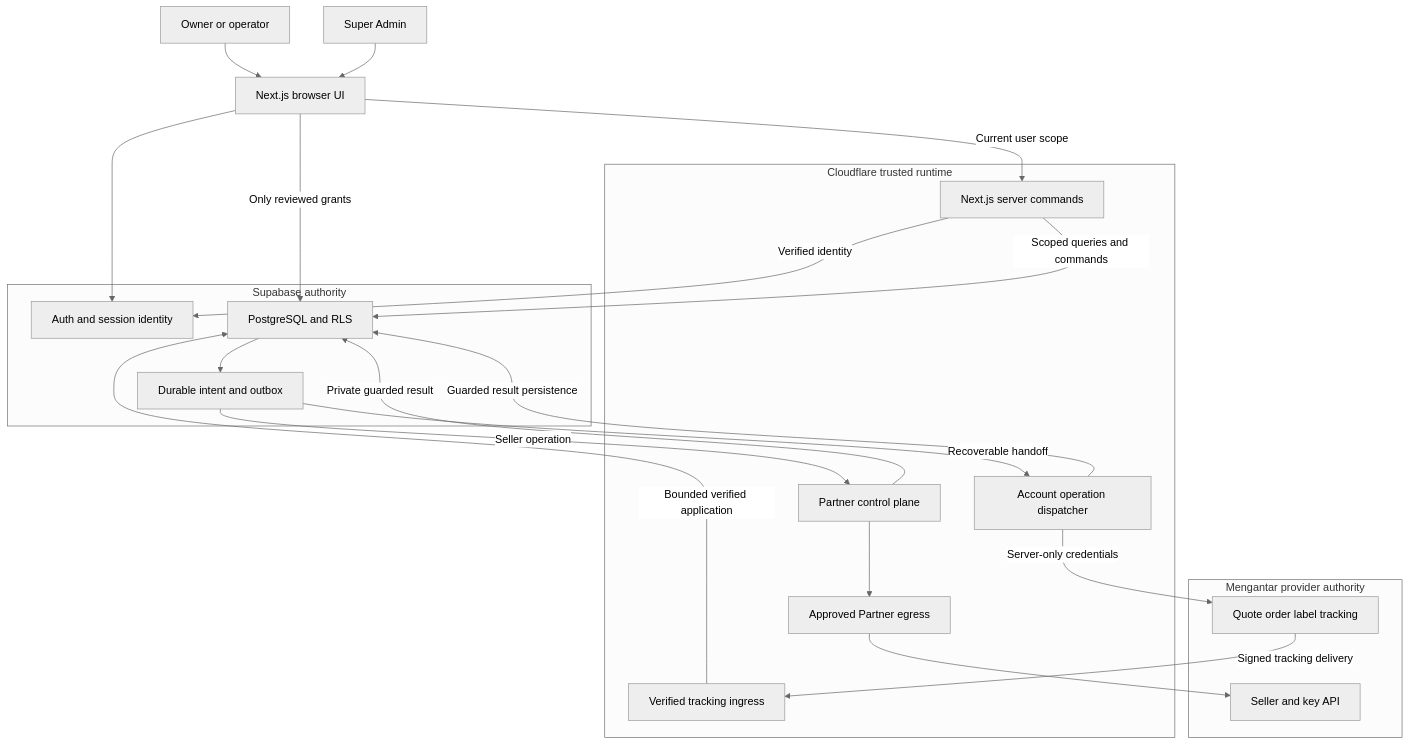
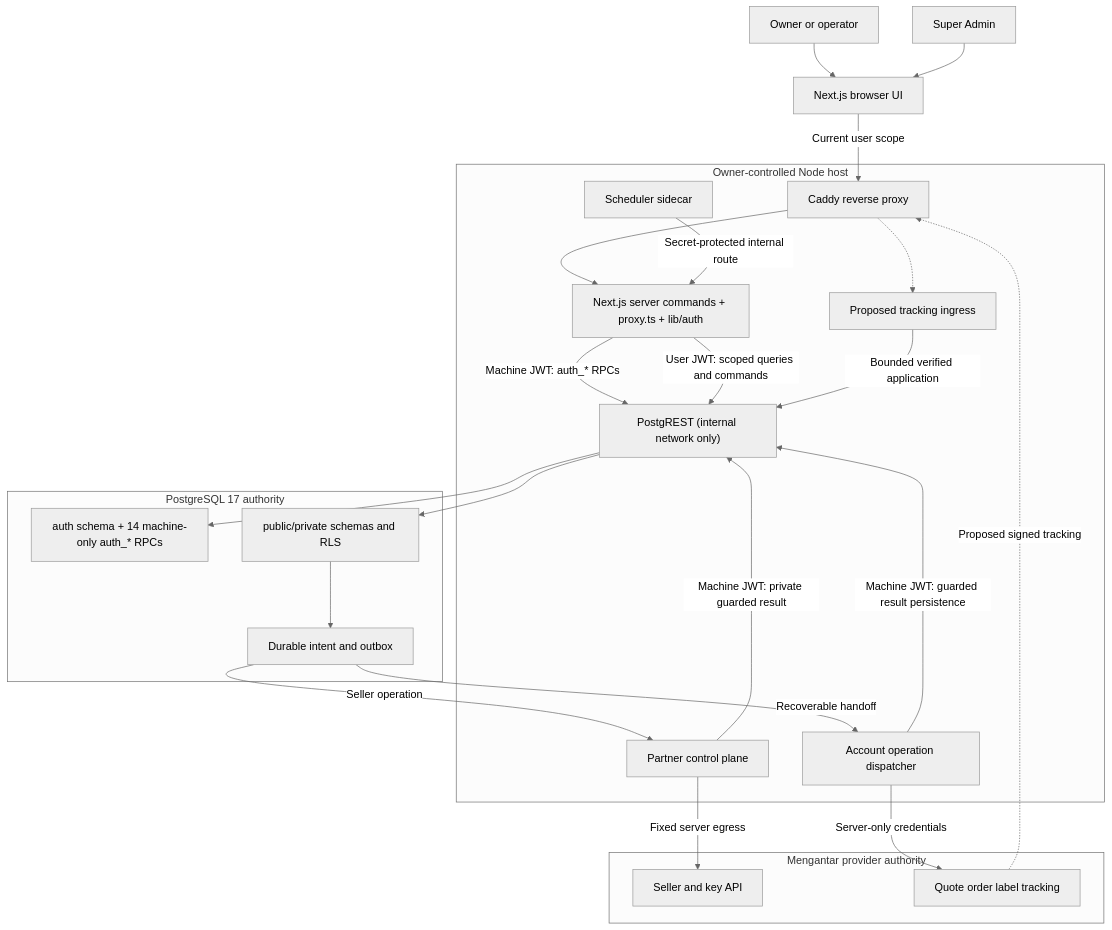
One commit to ongkipro/geraiexpress changed the diagram in docs/spec/04-SYSTEM-ARCHITECTURE.md. Above: the diagram before and after it, drawn with Mermaid (neutral theme). The commit also changed other lines of this file and 680 other files, not shown here.

Commit message:
Migrate application to PostgreSQL and update workflows

````diff
--- a/docs/spec/04-SYSTEM-ARCHITECTURE.md
+++ b/docs/spec/04-SYSTEM-ARCHITECTURE.md
@@ -142,36 +148,40 @@
 ```mermaid
 flowchart TB
     Person["Owner or operator"] --> Browser["Next.js browser UI"]
     Admin["Super Admin"] --> Browser
-    subgraph Cloudflare["Cloudflare trusted runtime"]
-        Web["Next.js server commands"]
+    subgraph Server["Owner-controlled Node host"]
+        Proxy["Caddy reverse proxy"]
+        Web["Next.js server commands + proxy.ts + lib/auth"]
+        Scheduler["Scheduler sidecar"]
         Dispatcher["Account operation dispatcher"]
         Partner["Partner control plane"]
-        Callback["Verified tracking ingress"]
-        Egress["Approved Partner egress"]
+        Callback["Proposed tracking ingress"]
+        PgRest["PostgREST (internal network only)"]
     end
-    subgraph Supabase["Supabase authority"]
-        Auth["Auth and session identity"]
-        Data["PostgreSQL and RLS"]
+    subgraph Postgres["PostgreSQL 17 authority"]
+        Auth["auth schema + 14 machine-only auth_* RPCs"]
+        Data["public/private schemas and RLS"]
         Intent["Durable intent and outbox"]
     end
     subgraph Mengantar["Mengantar provider authority"]
         PartnerAPI["Seller and key API"]
         PublicAPI["Quote order label tracking"]
     end
-    Browser --> Auth
-    Browser -->|Current user scope| Web
-    Browser -->|Only reviewed grants| Data
-    Web -->|Verified identity| Auth
-    Web -->|Scoped queries and commands| Data
+    Browser -->|Current user scope| Proxy
+    Proxy --> Web
+    Scheduler -->|Secret-protected internal route| Web
+    Web -->|Machine JWT: auth_* RPCs| PgRest
+    Web -->|User JWT: scoped queries and commands| PgRest
+    PgRest --> Auth
+    PgRest --> Data
     Data --> Intent
     Intent -->|Recoverable handoff| Dispatcher
     Intent -->|Seller operation| Partner
     Dispatcher -->|Server-only credentials| PublicAPI
-    Partner --> Egress
-    Egress --> PartnerAPI
-    PublicAPI -->|Signed tracking delivery| Callback
-    Callback -->|Bounded verified application| Data
-    Dispatcher -->|Guarded result persistence| Data
-    Partner -->|Private guarded result| Data
+    Partner -->|Fixed server egress| PartnerAPI
+    PublicAPI -.->|Proposed signed tracking| Proxy
+    Proxy -.-> Callback
+    Callback -->|Bounded verified application| PgRest
+    Dispatcher -->|Machine JWT: guarded result persistence| PgRest
+    Partner -->|Machine JWT: private guarded result| PgRest
 ```
````
